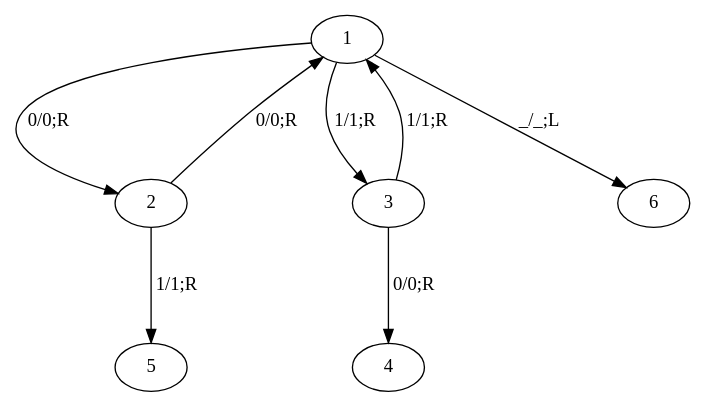
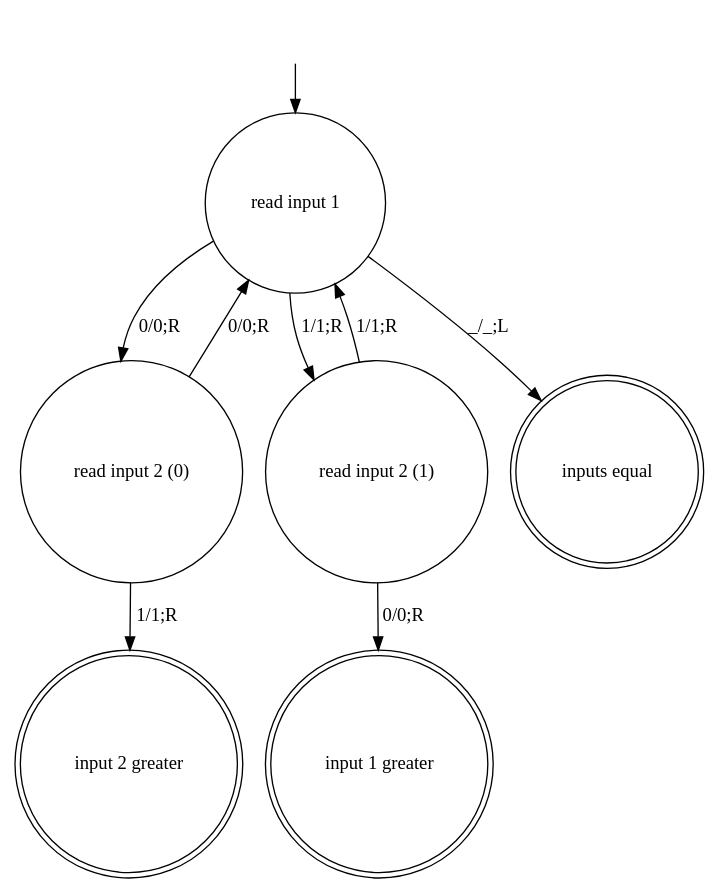
The diagram in comparator.dot (mocoso/computationbook), drawn with Graphviz before and after one commit.

Commit message:
Improve comparator graph

```diff
--- a/comparator.dot
+++ b/comparator.dot
@@ -1,11 +1,18 @@
 digraph Comparator {
-  nodesep = 1;
-  ranksep = 1;
-  1 -> 2 [label="0/0;R"];
-  1 -> 3 [label="1/1;R"];
-  1 -> 6 [label="_/_;L"];
-  2 -> 1 [label="0/0;R"];
-  2 -> 5 [label="1/1;R"];
-  3 -> 4 [label="0/0;R"];
-  3 -> 1 [label="1/1;R"];
+  "" [shape=none]
+  "read input 1" [shape=circle]
+  "read input 2 (0)" [shape=circle]
+  "read input 2 (1)" [shape=circle]
+  "input 1 greater" [shape=doublecircle]
+  "input 2 greater" [shape=doublecircle]
+  "inputs equal" [shape=doublecircle]
+
+  "" -> "read input 1"
+  "read input 1" -> "read input 2 (0)" [label="0/0;R"]
+  "read input 1" -> "read input 2 (1)" [label="1/1;R"]
+  "read input 1" -> "inputs equal" [label="_/_;L"]
+  "read input 2 (0)" -> "read input 1" [label="0/0;R"]
+  "read input 2 (0)" -> "input 2 greater" [label="1/1;R"]
+  "read input 2 (1)" -> "input 1 greater" [label="0/0;R"]
+  "read input 2 (1)" -> "read input 1" [label="1/1;R"]
 }
```
